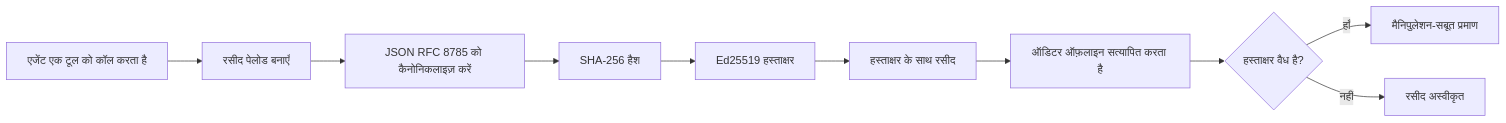
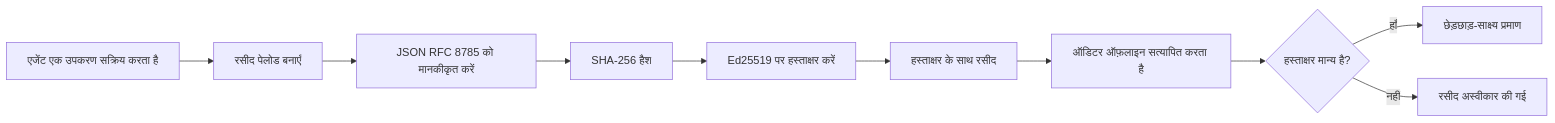
The first of 2 diagrams in mirrors/repos/microsoft@ai-agents-for-beginners/translations/hi/18-securing-ai-agents/README.md (gabrielmoreira/agent-skills-mirror), drawn with Mermaid before and after one commit. The commit also changed other lines of this file and 2285 other files, not shown here.

````diff
--- a/mirrors/repos/microsoft@ai-agents-for-beginners/translations/hi/18-securing-ai-agents/README.md
+++ b/mirrors/repos/microsoft@ai-agents-for-beginners/translations/hi/18-securing-ai-agents/README.md
@@ -51,12 +51,12 @@
 ```mermaid
 flowchart LR
-    A[एजेंट एक टूल को कॉल करता है] --> B[रसीद पेलोड बनाएँ]
-    B --> C[JSON RFC 8785 को कैनोनिकलाइज़ करें]
+    A[एजेंट एक उपकरण सक्रिय करता है] --> B[रसीद पेलोड बनाएँ]
+    B --> C[JSON RFC 8785 को मानकीकृत करें]
     C --> D[SHA-256 हैश]
-    D --> E[Ed25519 हस्ताक्षर]
+    D --> E[Ed25519 पर हस्ताक्षर करें]
     E --> F[हस्ताक्षर के साथ रसीद]
     F --> G[ऑडिटर ऑफ़लाइन सत्यापित करता है]
-    G --> H{हस्ताक्षर वैध है?}
-    H -- हाँ --> I[मैनिपुलेशन-सबूत प्रमाण]
-    H -- नहीं --> J[रसीद अस्वीकृत]
+    G --> H{हस्ताक्षर मान्य है?}
+    H -- हाँ --> I[छेड़छाड़-साक्ष्य प्रमाण]
+    H -- नहीं --> J[रसीद अस्वीकार की गई]
 ```
````
